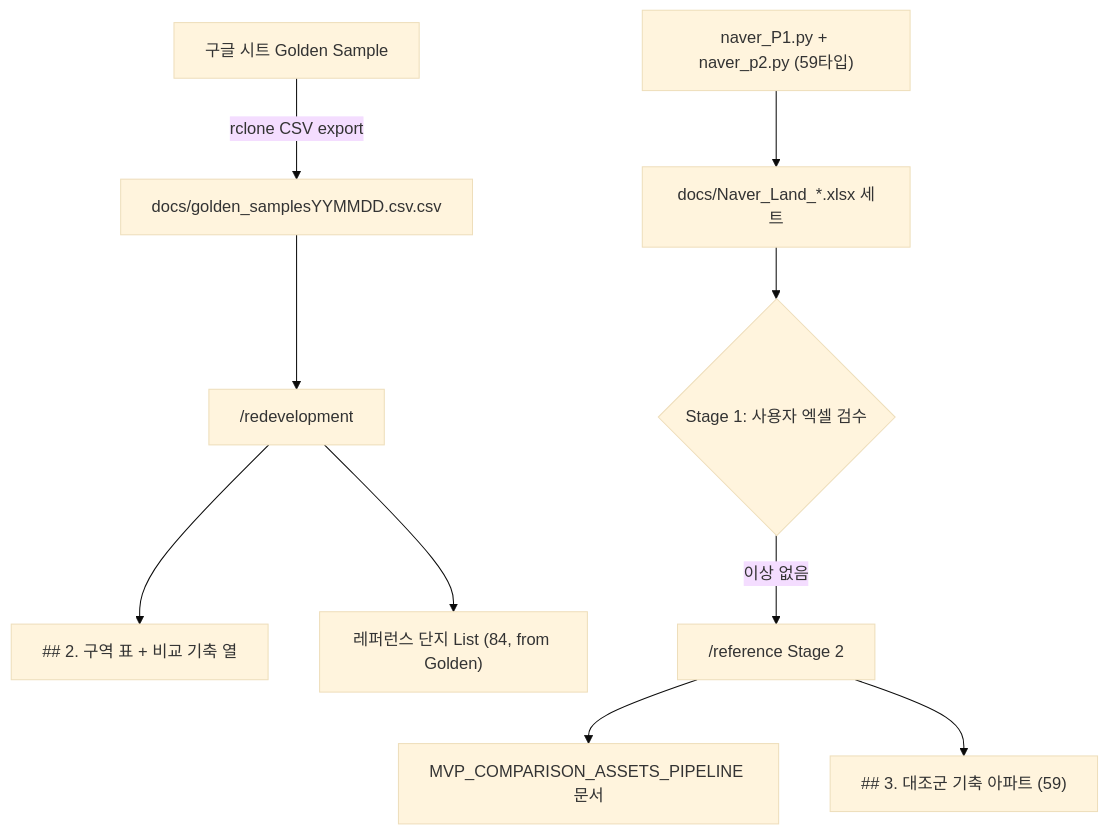
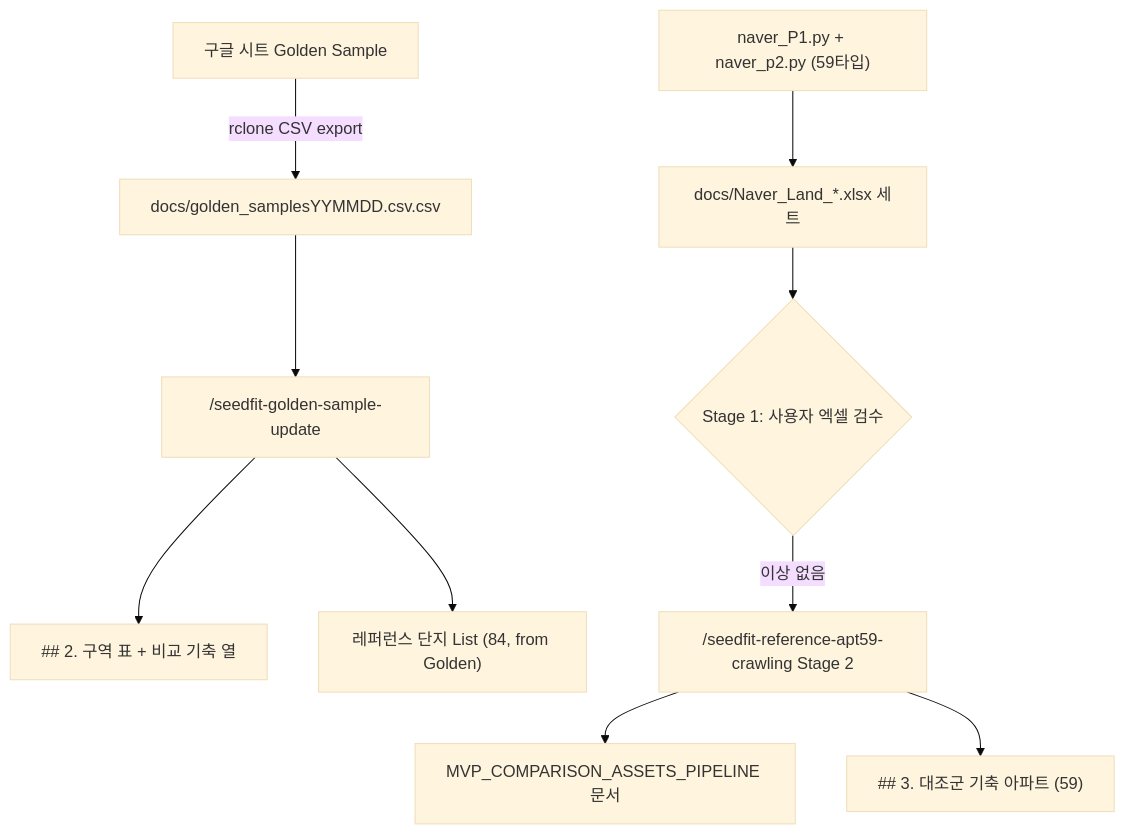
Before and after one commit to luca-prop/SeedFit_App: the second of 2 diagrams in docs/DATA_CURATION_SPEC.v.2.md, drawn with Mermaid (base theme). The commit also changed other lines of this file and 12 other files, not shown here.

````diff
--- a/docs/DATA_CURATION_SPEC.v.2.md
+++ b/docs/DATA_CURATION_SPEC.v.2.md
@@ -410,13 +622,13 @@
 ```mermaid
 flowchart TD
   GSheet["구글 시트 Golden Sample"] -->|"rclone CSV export"| CSV["docs/golden_samplesYYMMDD.csv.csv"]
-  CSV --> Redev["/redevelopment"]
+  CSV --> Redev["/seedfit-golden-sample-update"]
   Redev --> Sec2["## 2. 구역 표 + 비교 기축 열"]
   Redev --> RefList["레퍼런스 단지 List (84, from Golden)"]
 
   Crawl["naver_P1.py + naver_p2.py (59타입)"] --> XLSX["docs/Naver_Land_*.xlsx 세트"]
   XLSX --> Check{"Stage 1: 사용자 엑셀 검수"}
-  Check -->|"이상 없음"| Ref["/reference Stage 2"]
+  Check -->|"이상 없음"| Ref["/seedfit-reference-apt59-crawling Stage 2"]
   Ref --> Pipe["MVP_COMPARISON_ASSETS_PIPELINE 문서"]
   Ref --> Sec3["## 3. 대조군 기축 아파트 (59)"]
 ```
````
